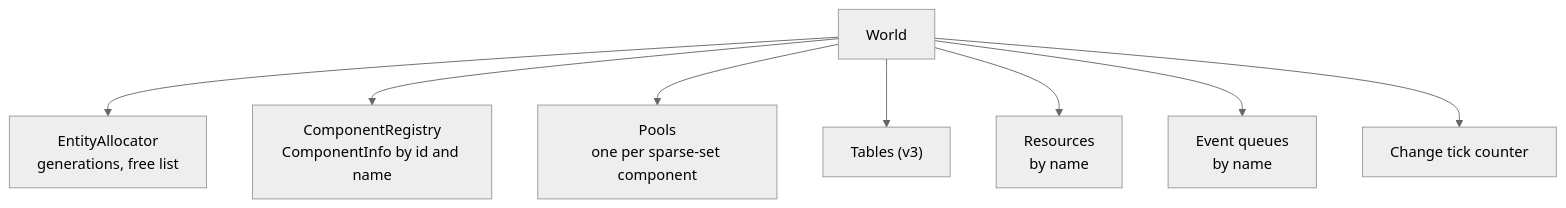
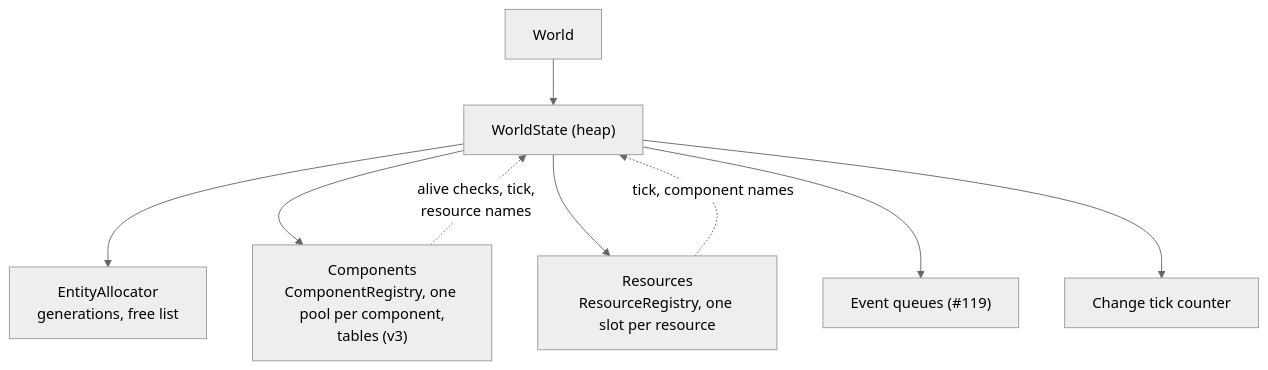
The diagram in docs/ecs/features/06-world.md (Charles-Mahoudeau/rtype), drawn with Mermaid (neutral theme) before and after one commit. The commit also changed other lines of this file and 6 other files, not shown here.

````diff
--- a/docs/ecs/features/06-world.md
+++ b/docs/ecs/features/06-world.md
@@ -40,11 +47,11 @@
 ```mermaid
 flowchart TB
-    world["World"]
-    world --> alloc["EntityAllocator<br/>generations, free list"]
-    world --> registry["ComponentRegistry<br/>ComponentInfo by id and name"]
-    world --> pools["Pools<br/>one per sparse-set component"]
-    world --> tables["Tables (v3)"]
-    world --> resources["Resources<br/>by name"]
-    world --> events["Event queues<br/>by name"]
-    world --> tick["Change tick counter"]
+    world["World"] --> state["WorldState (heap)"]
+    state --> alloc["EntityAllocator<br/>generations, free list"]
+    state --> components["Components<br/>ComponentRegistry, one pool per component,<br/>tables (v3)"]
+    state --> resources["Resources<br/>ResourceRegistry, one slot per resource"]
+    state --> events["Event queues (#119)"]
+    state --> tick["Change tick counter"]
+    components -. "alive checks, tick,<br/>resource names" .-> state
+    resources -. "tick, component names" .-> state
 ```
````
